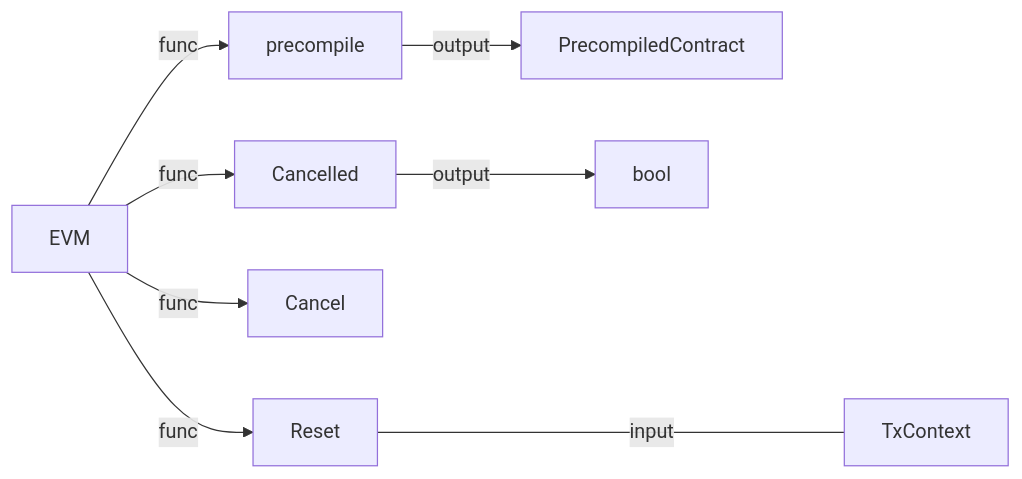
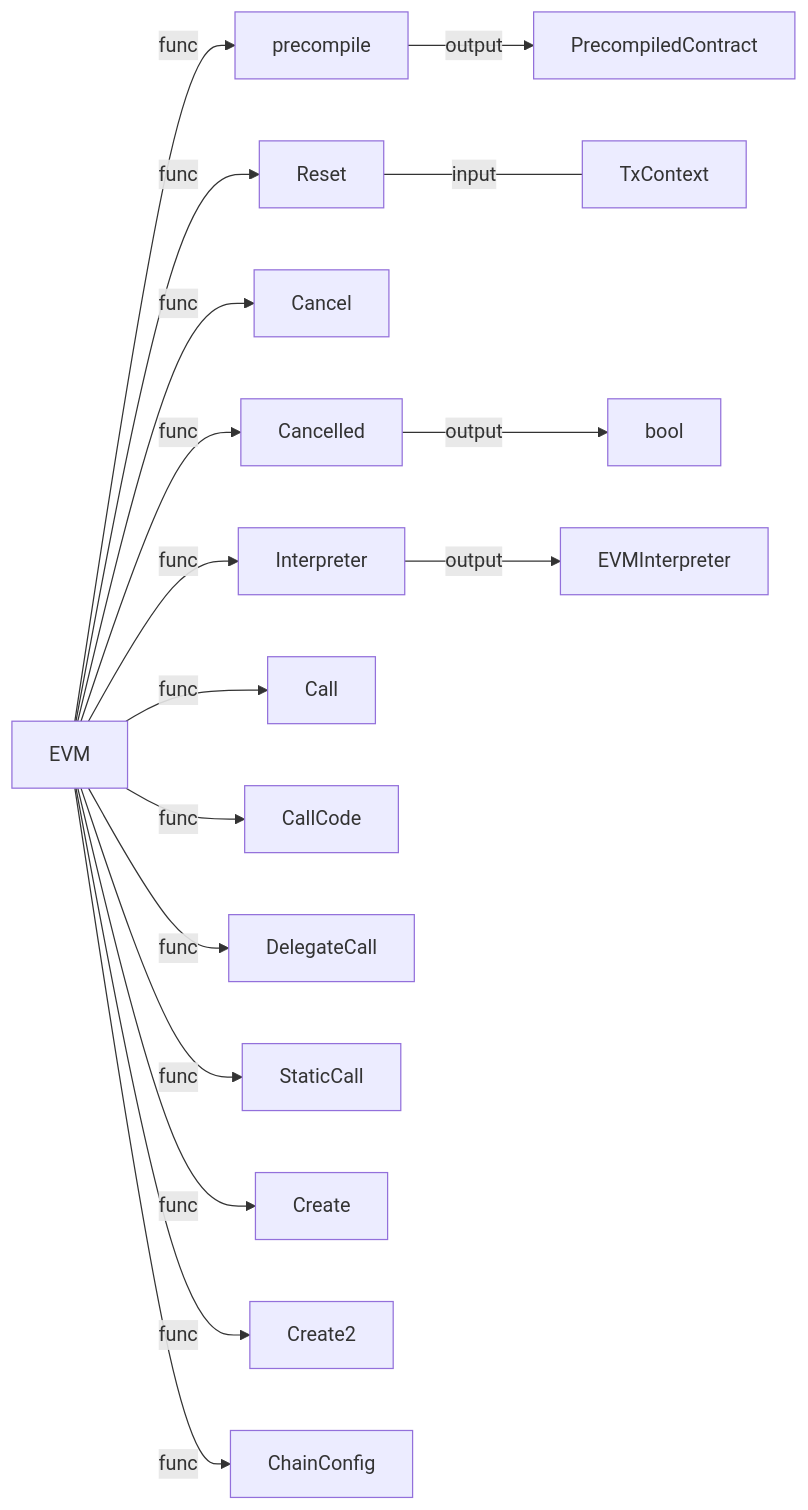
The third of 3 diagrams in go-ethereum/Evm.md (Joshuashen022/learning), drawn with Mermaid before and after one commit. The commit also changed other lines of this file and 3 other files, not shown here.

````diff
--- a/go-ethereum/Evm.md
+++ b/go-ethereum/Evm.md
@@ -160,9 +170,17 @@
 ```mermaid
 graph LR
     EVM --> |func|precompile -->|output| PrecompiledContract
     
     %%  resets the EVM with a new transaction context.Reset
-    EVM --> |func|Reset <--- |input | TxContext
+    EVM --> |func|Reset --- |input | TxContext
     EVM --> |func|Cancel
     EVM --> |func|Cancelled --> |output| bool
+    EVM --> |func|Interpreter --> |output| EVMInterpreter
+    EVM --> |func|Call
+    EVM --> |func|CallCode
+    EVM --> |func|DelegateCall
+    EVM --> |func|StaticCall
+    EVM --> |func|Create
+    EVM --> |func|Create2
+    EVM --> |func|ChainConfig 
 ```
````
